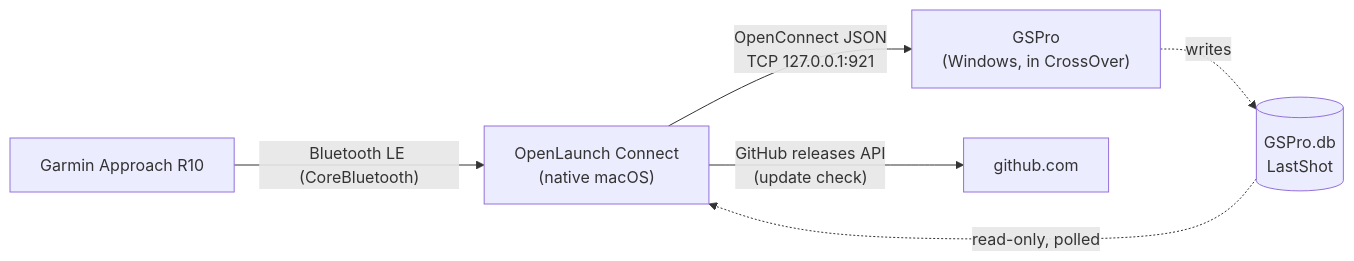
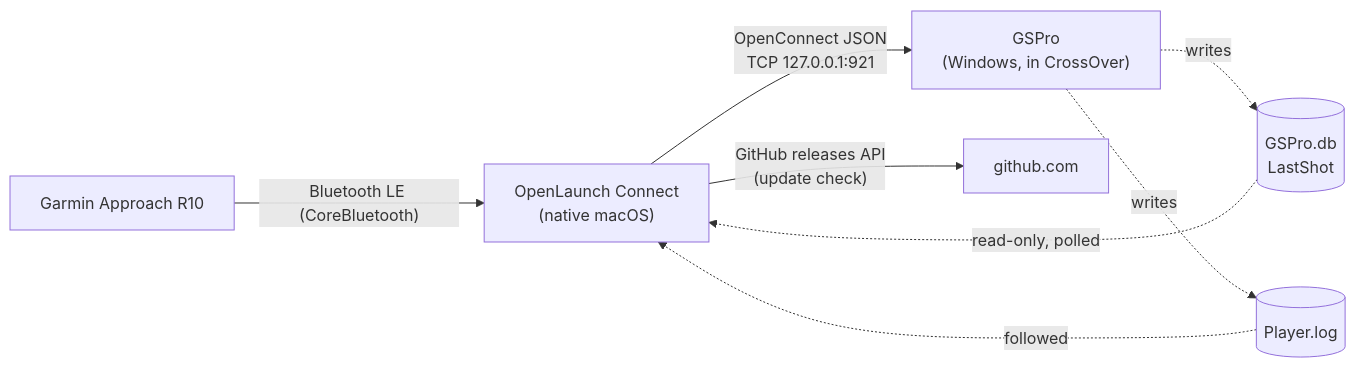
Before and after one commit to chgl42/golfsim-connect: the first of 3 diagrams in docs/architecture.md, drawn with Mermaid. The commit also changed other lines of this file and 11 other files, not shown here.

First line of the commit message:
Know where GSPro is from its log; tile overlays step aside in its menus

````diff
--- a/docs/architecture.md
+++ b/docs/architecture.md
@@ -16,8 +16,10 @@
 ```mermaid
 flowchart LR
   R10["Garmin Approach R10"] -- "Bluetooth LE (CoreBluetooth)" --> App["OpenLaunch Connect<br/>(native macOS)"]
   App -- "OpenConnect JSON<br/>TCP 127.0.0.1:921" --> GSPro["GSPro<br/>(Windows, in CrossOver)"]
   GSPro -. "writes" .-> DB[("GSPro.db<br/>LastShot")]
   DB -. "read-only, polled" .-> App
+  GSPro -. "writes" .-> PL[("Player.log")]
+  PL -. "followed" .-> App
   App -- "GitHub releases API<br/>(update check)" --> GH["github.com"]
 ```
````
